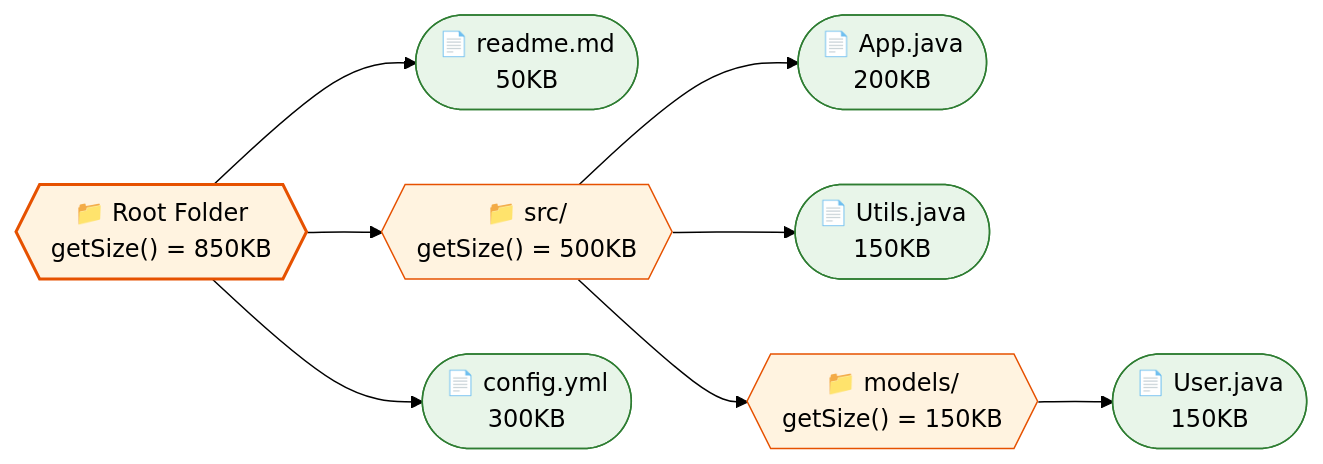
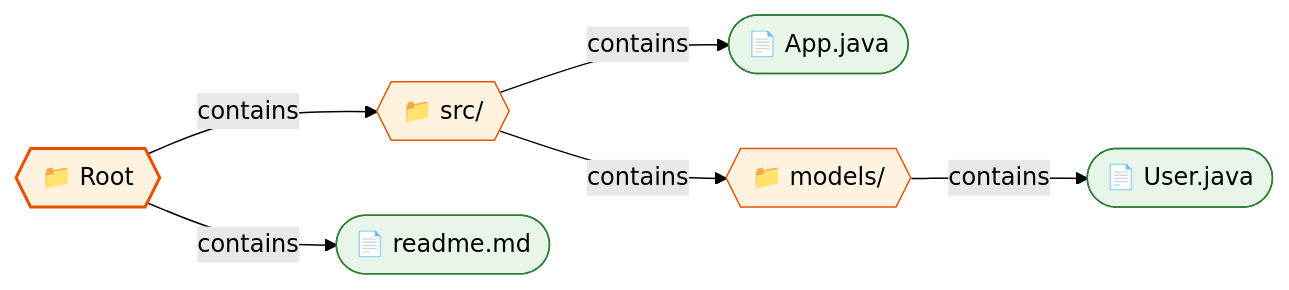
One commit to saivamsikaruturi/vamsilabs-dev-notes-main changed the first of 4 diagrams in docs/designpatterns/structuralDesignPatterns/CompositeDesignPattern.md. Above: the diagram before and after it, drawn with Mermaid (forest theme). The commit also changed other lines of this file and 42 other files, not shown here.

````diff
--- a/docs/designpatterns/structuralDesignPatterns/CompositeDesignPattern.md
+++ b/docs/designpatterns/structuralDesignPatterns/CompositeDesignPattern.md
@@ -12,20 +12,15 @@
 ```mermaid
 flowchart LR
-    Root{{"📁 Root Folder<br/>getSize() = 850KB"}}
-    Root --> F1(["📄 readme.md<br/>50KB"])
-    Root --> Src{{"📁 src/<br/>getSize() = 500KB"}}
-    Root --> F2(["📄 config.yml<br/>300KB"])
-    Src --> S1(["📄 App.java<br/>200KB"])
-    Src --> S2(["📄 Utils.java<br/>150KB"])
-    Src --> Sub{{"📁 models/<br/>getSize() = 150KB"}}
-    Sub --> M1(["📄 User.java<br/>150KB"])
-    
+    Root{{"📁 Root"}} -->|"contains"| Src{{"📁 src/"}}
+    Root -->|"contains"| F1(["📄 readme.md"])
+    Src -->|"contains"| S1(["📄 App.java"])
+    Src -->|"contains"| Sub{{"📁 models/"}}
+    Sub -->|"contains"| M1(["📄 User.java"])
+
     style Root fill:#FFF3E0,stroke:#E65100,stroke-width:2px,color:#000
     style Src fill:#FFF3E0,stroke:#E65100,color:#000
     style Sub fill:#FFF3E0,stroke:#E65100,color:#000
     style F1 fill:#E8F5E9,stroke:#2E7D32,color:#000
-    style F2 fill:#E8F5E9,stroke:#2E7D32,color:#000
     style S1 fill:#E8F5E9,stroke:#2E7D32,color:#000
-    style S2 fill:#E8F5E9,stroke:#2E7D32,color:#000
     style M1 fill:#E8F5E9,stroke:#2E7D32,color:#000
 ```
````
